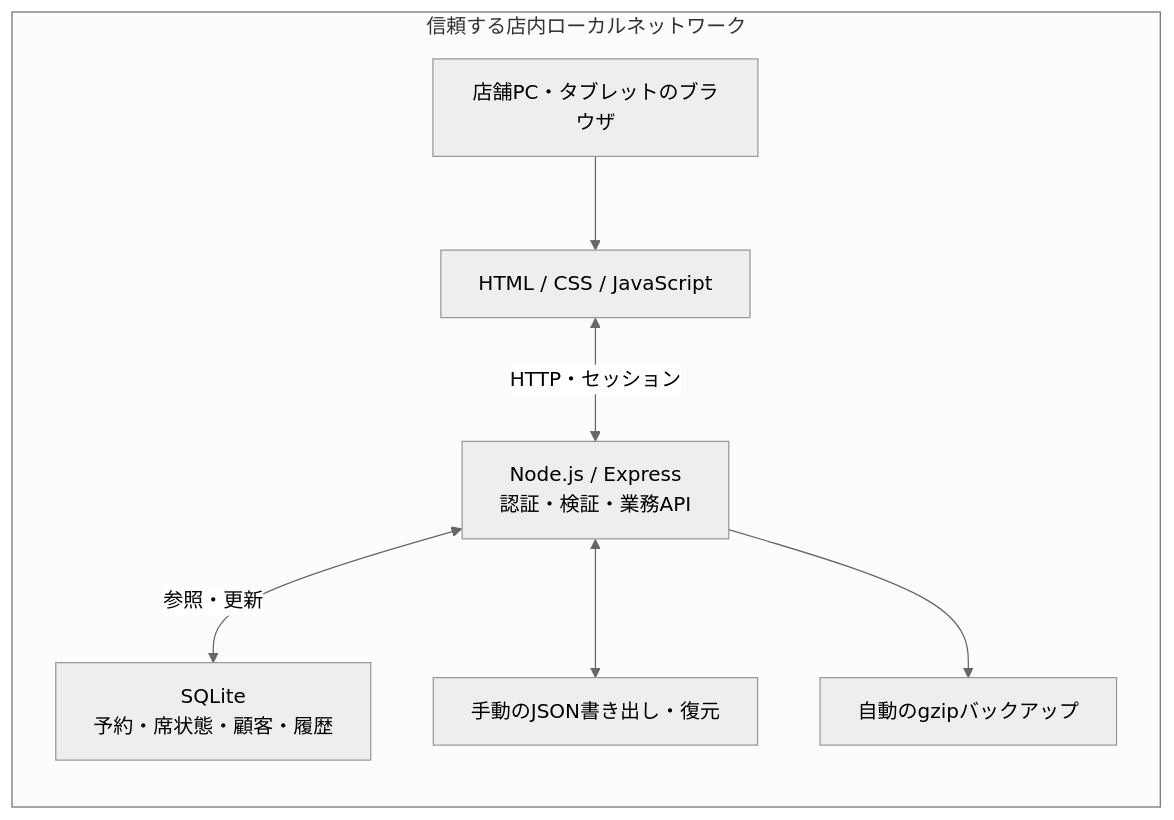
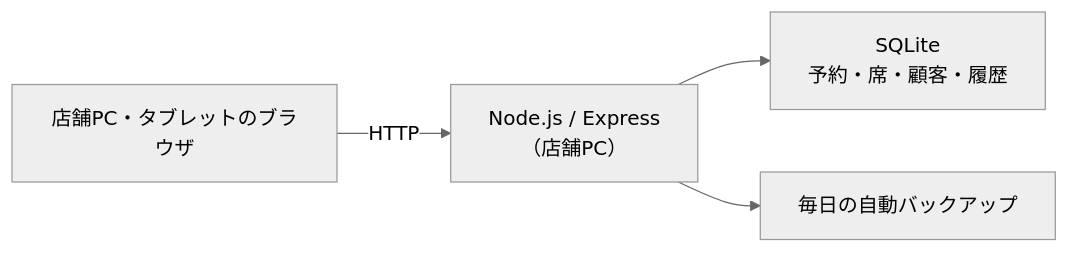
Before and after one commit to rei-ito-cs/nishi-board-portfolio: the diagram in README.md, drawn with Mermaid (neutral theme). The commit also changed other lines of this file, not shown here.

````diff
--- a/README.md
+++ b/README.md
@@ -64,16 +50,6 @@
 ```mermaid
 flowchart LR
-  subgraph LAN["信頼する店内ローカルネットワーク"]
-    B["店舗PC・タブレットのブラウザ"]
-    F["HTML / CSS / JavaScript"]
-    S["Node.js / Express<br/>認証・検証・業務API"]
-    D["SQLite<br/>予約・席状態・顧客・履歴"]
-    J["手動のJSON書き出し・復元"]
-    G["自動のgzipバックアップ"]
-    B --> F
-    F <-->|"HTTP・セッション"| S
-    S <-->|"参照・更新"| D
-    S <--> J
-    S --> G
-  end
+  B["店舗PC・タブレットのブラウザ"] -->|HTTP| S["Node.js / Express<br/>（店舗PC）"]
+  S --> D["SQLite<br/>予約・席・顧客・履歴"]
+  S --> G["毎日の自動バックアップ"]
 ```
````
